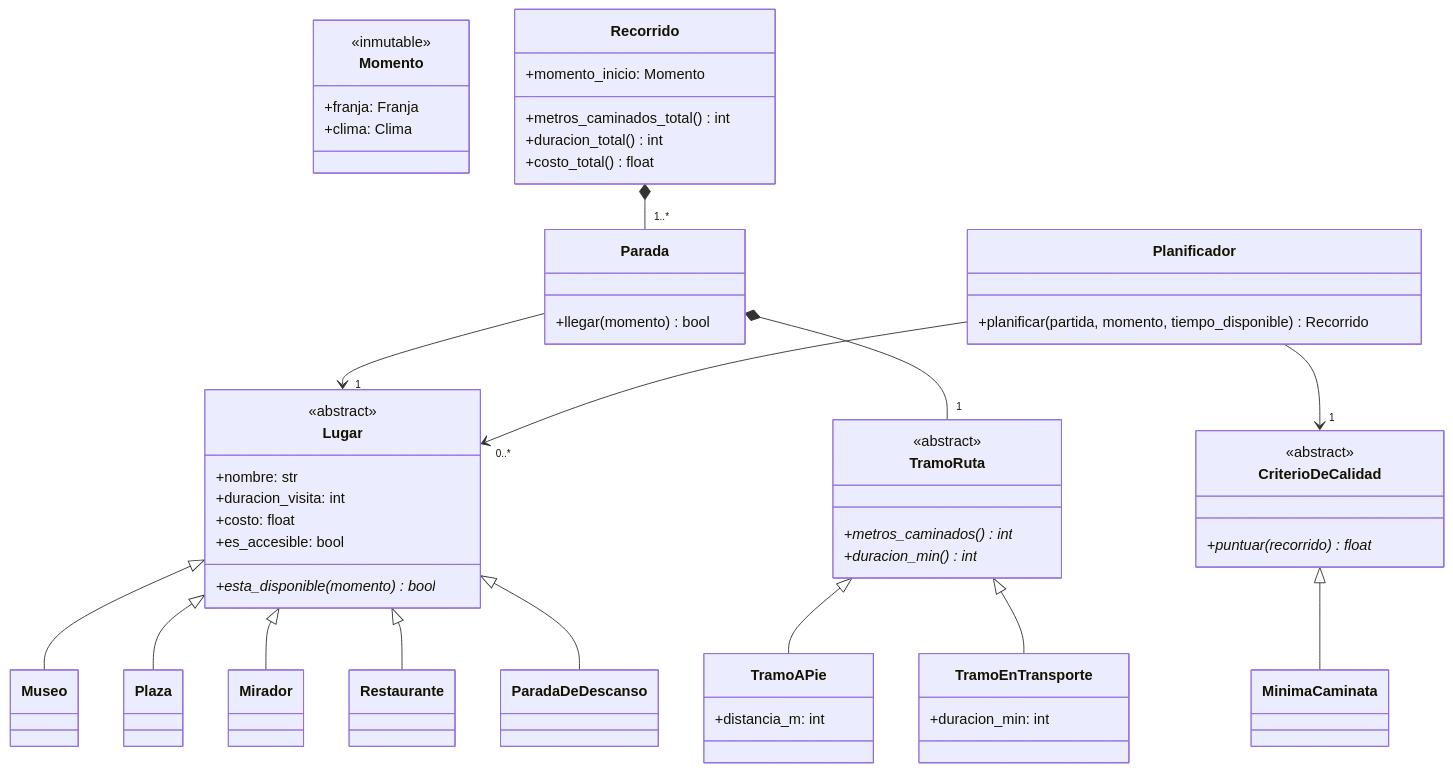
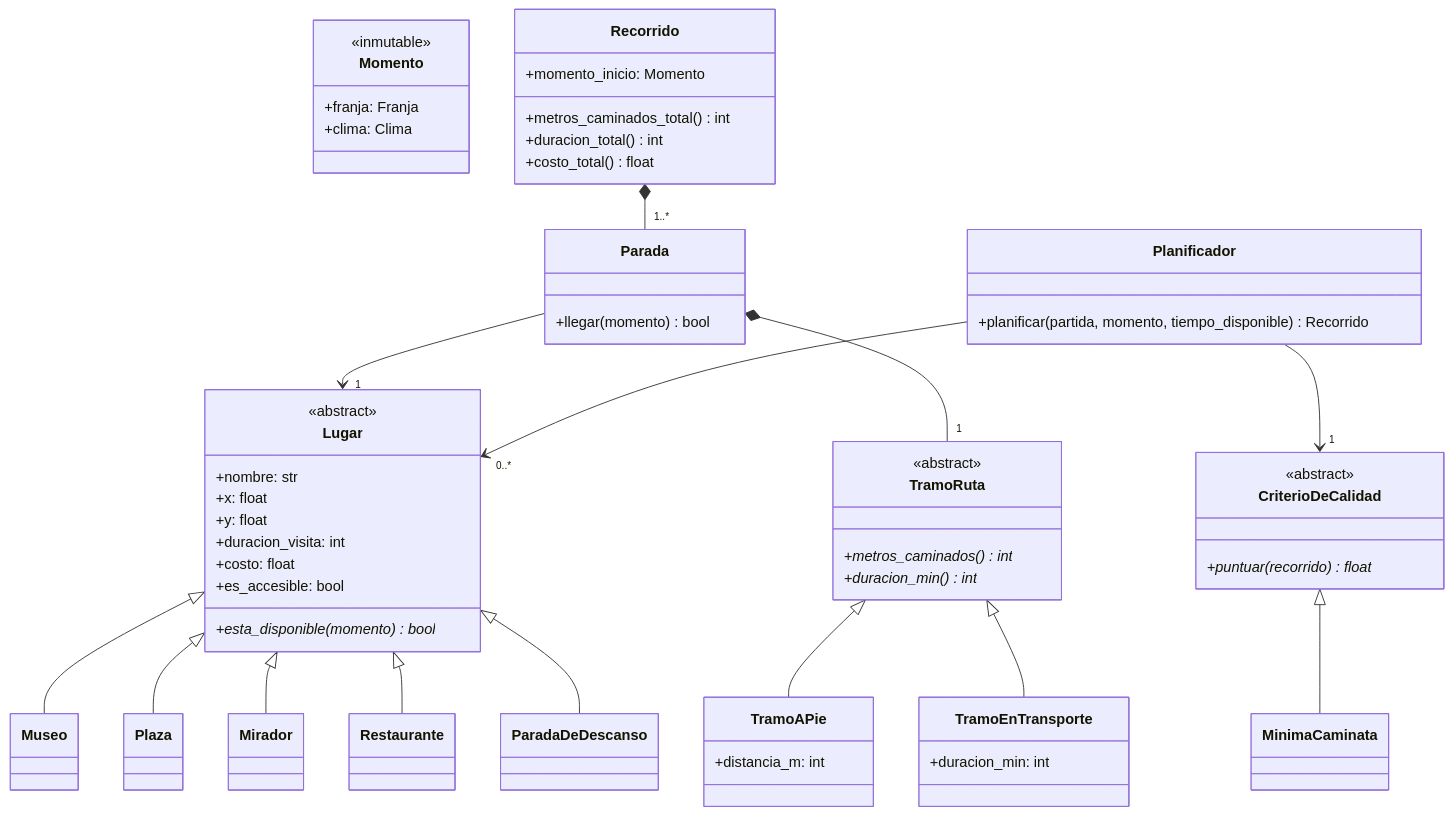
The diagram in DISENO.md (ernelol/ruta-viva), drawn with Mermaid before and after one commit. The commit also changed other lines of this file and 16 other files, not shown here.

````diff
--- a/DISENO.md
+++ b/DISENO.md
@@ -22,68 +22,70 @@
 ```mermaid
 classDiagram
     class Lugar {
         <<abstract>>
         +nombre: str
+        +x: float
+        +y: float
         +duracion_visita: int
         +costo: float
         +es_accesible: bool
         +esta_disponible(momento) bool*
     }
     class Museo
     class Plaza
     class Mirador
     class Restaurante
     class ParadaDeDescanso
     Lugar <|-- Museo
     Lugar <|-- Plaza
     Lugar <|-- Mirador
     Lugar <|-- Restaurante
     Lugar <|-- ParadaDeDescanso
 
     class Momento {
         <<inmutable>>
         +franja: Franja
         +clima: Clima
     }
 
     class TramoRuta {
         <<abstract>>
         +metros_caminados() int*
         +duracion_min() int*
     }
     class TramoAPie {
         +distancia_m: int
     }
     class TramoEnTransporte {
         +duracion_min: int
     }
     TramoRuta <|-- TramoAPie
     TramoRuta <|-- TramoEnTransporte
 
     class Parada {
         +llegar(momento) bool
     }
     Parada --> "1" Lugar
     Parada *-- "1" TramoRuta
 
     class Recorrido {
         +momento_inicio: Momento
         +metros_caminados_total() int
         +duracion_total() int
         +costo_total() float
     }
     Recorrido *-- "1..*" Parada
 
     class CriterioDeCalidad {
         <<abstract>>
         +puntuar(recorrido) float*
     }
     class MinimaCaminata
     CriterioDeCalidad <|-- MinimaCaminata
 
     class Planificador {
         +planificar(partida, momento, tiempo_disponible) Recorrido
     }
     Planificador --> "0..*" Lugar
     Planificador --> "1" CriterioDeCalidad
 ```
````
